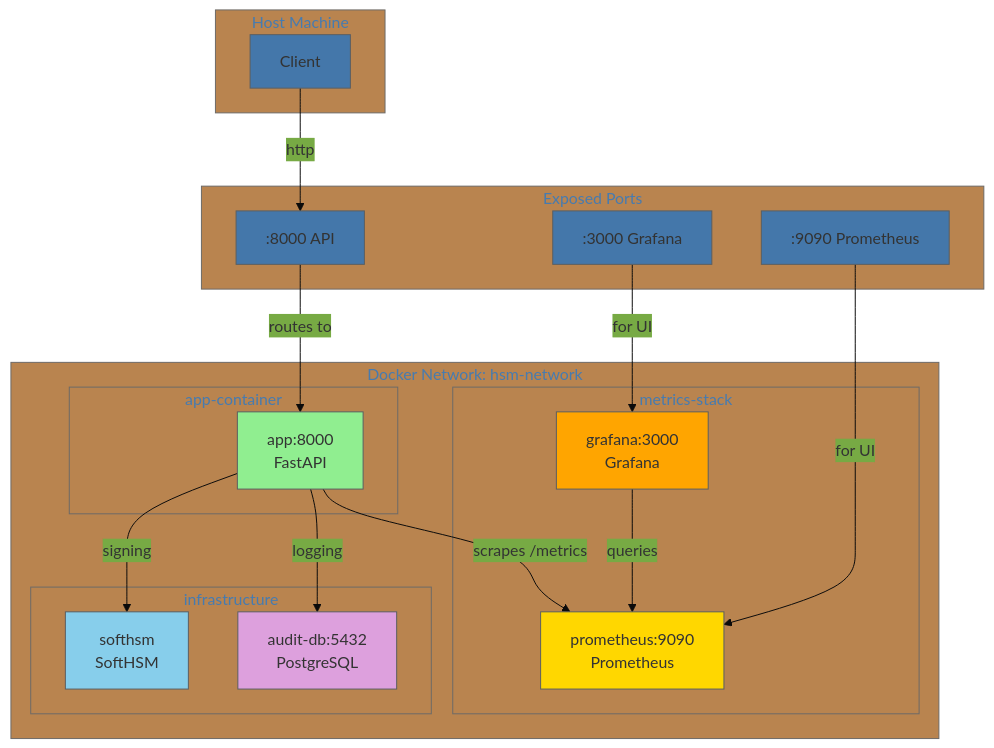
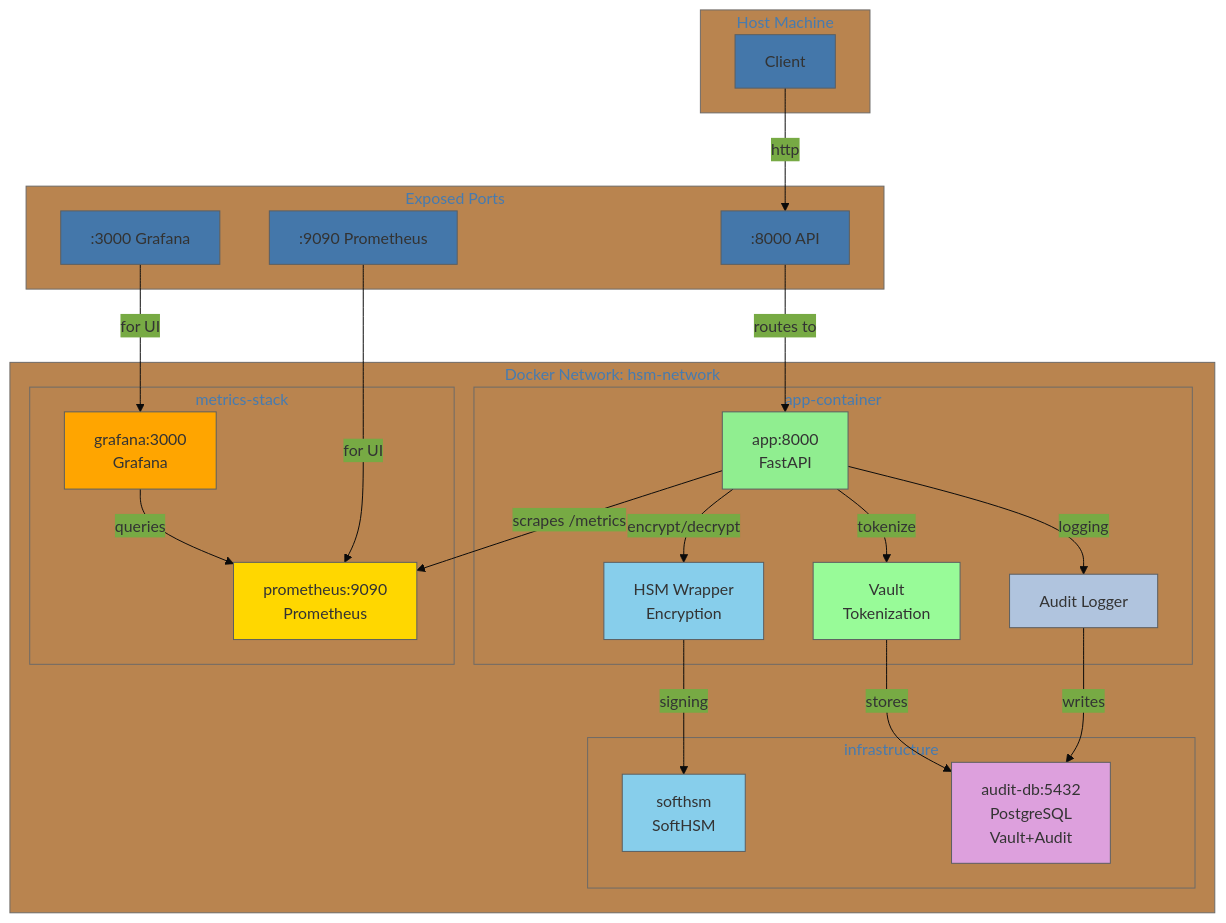
Before and after one commit to rahulraikwar00/aadhaar-hsm-poc: the diagram in architecture.mmd, drawn with Mermaid.

Commit message:
Update architecture diagram with Vault, HSM, Audit components

```diff
--- a/architecture.mmd
+++ b/architecture.mmd
@@ -1,42 +1,52 @@
 %%{init: {'theme': 'base', 'themeVariables': { 'primaryColor': '#4477aa'}}}%%
 graph TB
     subgraph "Host Machine"
         Client[Client]
     end
 
     subgraph "Docker Network: hsm-network"
         subgraph "app-container"
             API[app:8000<br/>FastAPI]
+            Vault[Vault<br/>Tokenization]
+            HSM[HSM Wrapper<br/>Encryption]
+            Audit[Audit Logger]
         end
 
         subgraph "metrics-stack"
             Prometheus[prometheus:9090<br/>Prometheus]
             Grafana[grafana:3000<br/>Grafana]
         end
 
         subgraph "infrastructure"
             SoftHSM[softhsm<br/>SoftHSM]
-            Postgres[audit-db:5432<br/>PostgreSQL]
+            Postgres[audit-db:5432<br/>PostgreSQL<br/>Vault+Audit]
         end
     end
 
     subgraph "Exposed Ports"
         Port8000[":8000 API"]
         Port9090[":9090 Prometheus"]
         Port3000[":3000 Grafana"]
     end
 
     Client -->|http| Port8000
     Port8000 -->|routes to| API
-    API -->|signing| SoftHSM
-    API -->|logging| Postgres
+    API -->|tokenize| Vault
+    API -->|encrypt/decrypt| HSM
+    HSM -->|signing| SoftHSM
+    Vault -->|stores| Postgres
+    API -->|logging| Audit
+    Audit -->|writes| Postgres
     API -->|scrapes /metrics| Prometheus
     Grafana -->|queries| Prometheus
     Port9090 -->|for UI| Prometheus
     Port3000 -->|for UI| Grafana
 
     style API fill:#90EE90
+    style Vault fill:#98FB98
+    style HSM fill:#87CEEB
+    style Audit fill:#B0C4DE
     style SoftHSM fill:#87CEEB
     style Postgres fill:#DDA0DD
     style Prometheus fill:#FFD700
     style Grafana fill:#FFA500
```
